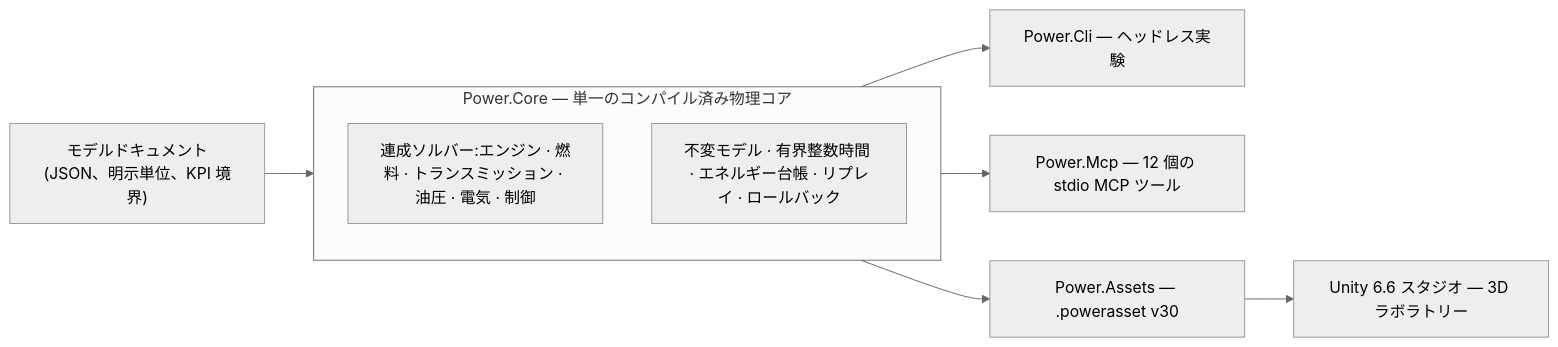
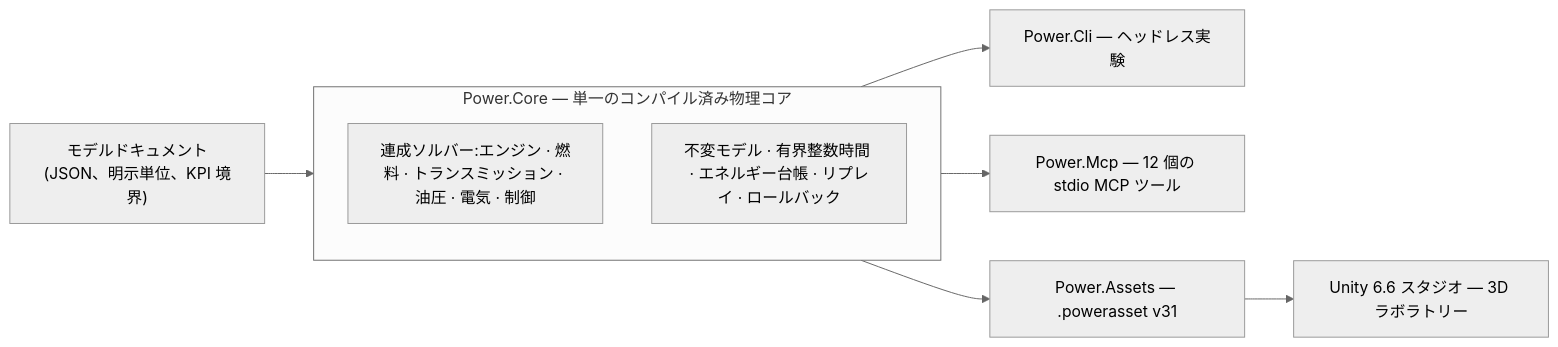
One commit to Water-Run/Power changed the diagram in README.ja.md. Above: the diagram before and after it, drawn with Mermaid (neutral theme). The commit also changed other lines of this file and 198 other files, not shown here.

````diff
--- a/README.ja.md
+++ b/README.ja.md
@@ -13,18 +13,18 @@
 ```mermaid
 flowchart LR
     model["モデルドキュメント(JSON、明示単位、KPI 境界)"]
     subgraph core["Power.Core — 単一のコンパイル済み物理コア"]
         solvers["連成ソルバー:エンジン · 燃料 · トランスミッション · 油圧 · 電気 · 制御"]
         invariants["不変モデル · 有界整数時間 · エネルギー台帳 · リプレイ · ロールバック"]
     end
     cli["Power.Cli — ヘッドレス実験"]
     mcp["Power.Mcp — 12 個の stdio MCP ツール"]
-    assets["Power.Assets — .powerasset v30"]
+    assets["Power.Assets — .powerasset v31"]
     unity["Unity 6.6 スタジオ — 3D ラボラトリー"]
 
     model --> core
     core --> cli
     core --> mcp
     core --> assets
     assets --> unity
 ```
````
